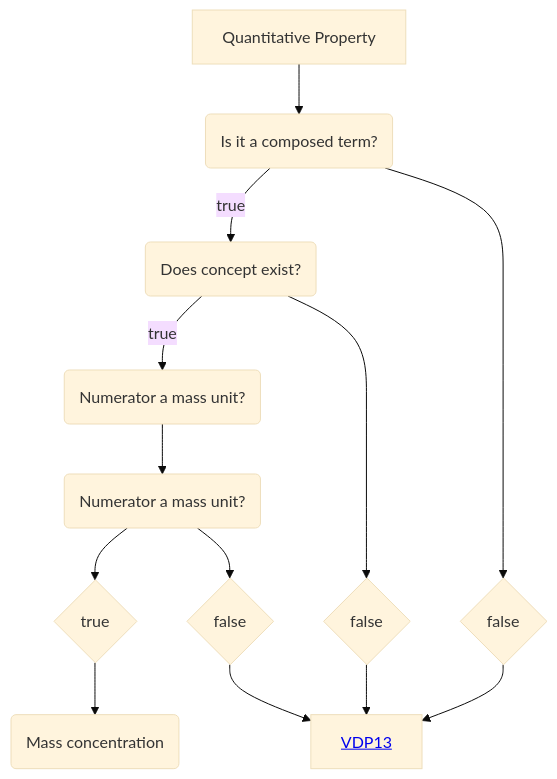
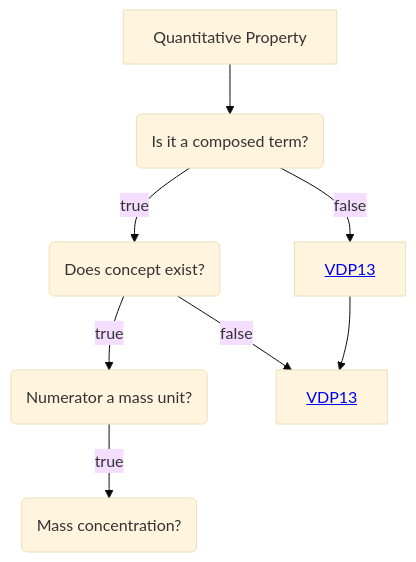
Before and after one commit to mabablue/I-ADOPT-patterns-playground: the diagram in Decisition_trees/DT1.mmd, drawn with Mermaid (base theme).

```diff
--- a/Decisition_trees/DT1.mmd
+++ b/Decisition_trees/DT1.mmd
@@ -1,13 +1,8 @@
 flowchart TD
     A[Quantitative Property] --> B(Is it a composed term?)
     B --> |true|E(Does concept exist?)
-    B --> D{false}
+    B --> |false|D[<a href='https://github.com/mabablue/I-ADOPT-patterns-playground/blob/main/pattern/VDP13.yaml'>VDP13</a>]
     E -->|true|F(Numerator a mass unit?)
-    E --> G{false}
-    F --> H(Numerator a mass unit?)
+    E --> |false|I
+    F --> |true|H(Mass concentration?)
     D --> I[<a href='https://github.com/mabablue/I-ADOPT-patterns-playground/blob/main/pattern/VDP13.yaml'>VDP13</a>]
-    G --> I
-    H --> L{true}
-    L --> M(Mass concentration)
-    H --> N{false}
-    N --> I
```
